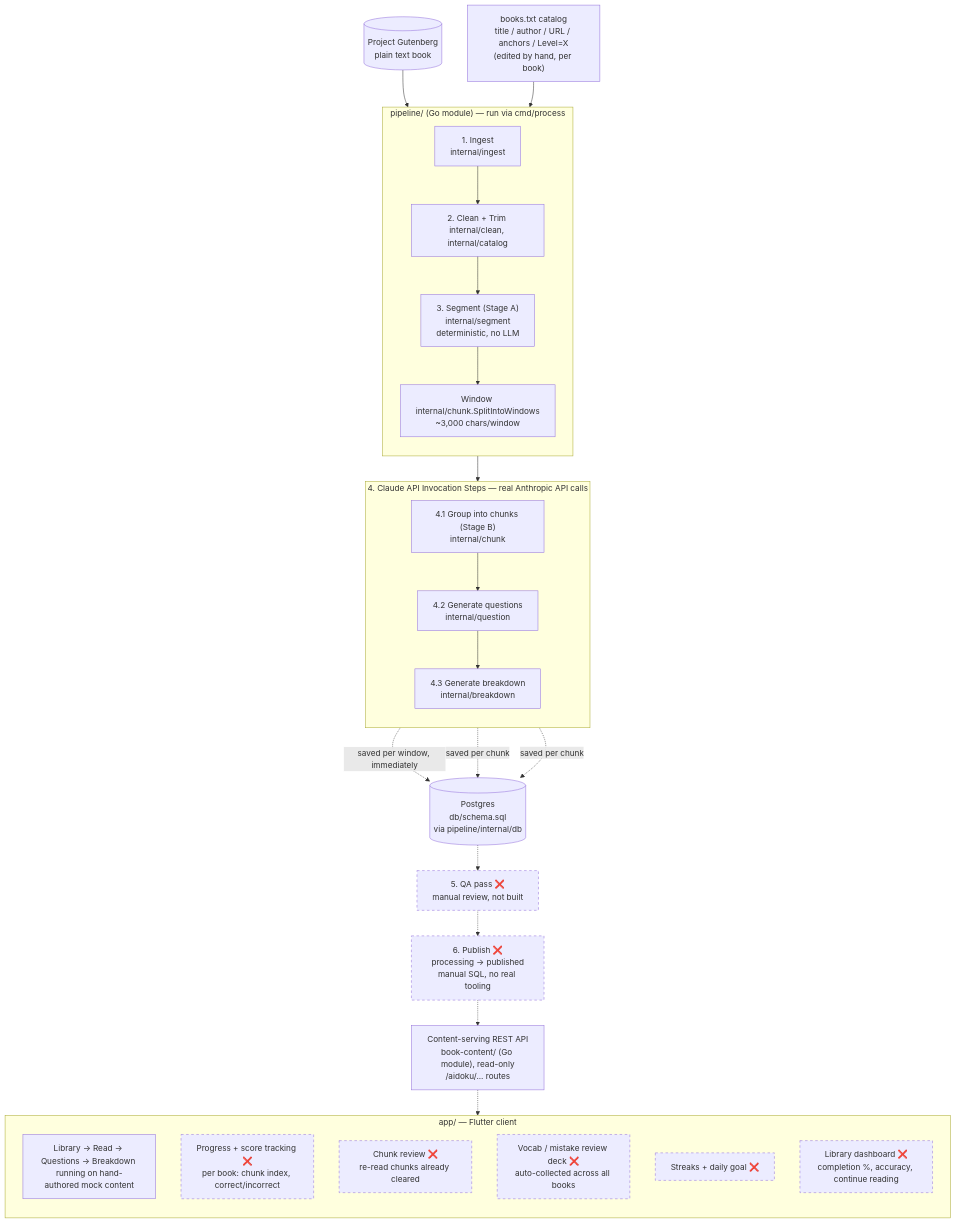
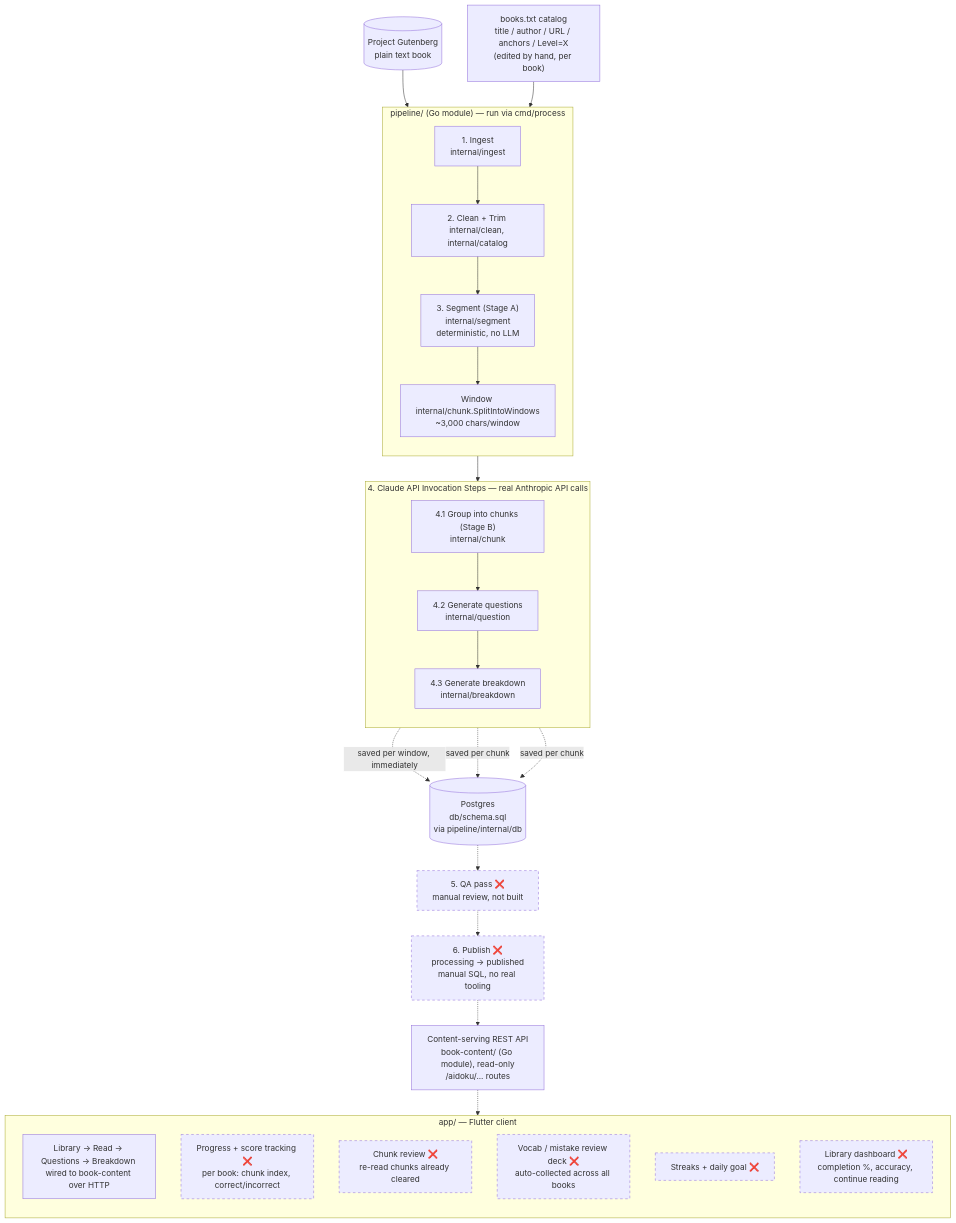
The diagram in README.md (devdanielroy/project-aidoku), drawn with Mermaid before and after one commit. The commit also changed other lines of this file and 28 other files, not shown here.

````diff
--- a/README.md
+++ b/README.md
@@ -20,51 +20,51 @@
 ```mermaid
 flowchart TD
     GB[("Project Gutenberg<br/>plain text book")]
     BT["books.txt catalog<br/>title / author / URL / anchors / Level=X<br/>(edited by hand, per book)"]
 
     subgraph pipeline["pipeline/ (Go module) — run via cmd/process"]
         direction TB
         ING["1. Ingest <br/>internal/ingest"]
         CLN["2. Clean + Trim <br/>internal/clean, internal/catalog"]
         SEG["3. Segment (Stage A) <br/>internal/segment<br/>deterministic, no LLM"]
         WIN["Window <br/>internal/chunk.SplitIntoWindows<br/>~3,000 chars/window"]
         ING --> CLN --> SEG --> WIN
     end
 
     subgraph claude["4. Claude API Invocation Steps — real Anthropic API calls"]
         direction TB
         GRP["4.1 Group into chunks (Stage B)<br/>internal/chunk"]
         Q["4.2 Generate questions<br/>internal/question"]
         BRK["4.3 Generate breakdown<br/>internal/breakdown"]
         GRP --> Q --> BRK
     end
 
     DB[("Postgres <br/>db/schema.sql<br/>via pipeline/internal/db")]
 
     QA["5. QA pass ❌<br/>manual review, not built"]
     PUB["6. Publish ❌<br/>processing → published<br/>manual SQL, no real tooling"]
     API["Content-serving REST API<br/>book-content/ (Go module), read-only<br/>/aidoku/... routes"]
 
     subgraph client["app/ — Flutter client"]
       direction TB
-        UI["Library → Read → Questions → Breakdown <br/>running on hand-authored mock content"]
+        UI["Library → Read → Questions → Breakdown <br/>wired to book-content over HTTP"]
         PROG["Progress + score tracking ❌<br/>per book: chunk index, correct/incorrect"]
         REVIEW["Chunk review ❌<br/>re-read chunks already cleared"]
         VOCAB["Vocab / mistake review deck ❌<br/>auto-collected across all books"]
         STREAK["Streaks + daily goal ❌"]
         DASH["Library dashboard ❌<br/>completion %, accuracy, continue reading"]
     end
 
     GB --> ING
     BT --> CLN
     WIN --> GRP
     GRP -.->|"saved per window, immediately"| DB
     Q -.->|"saved per chunk"| DB
     BRK -.->|"saved per chunk"| DB
     DB -.-> QA -.-> PUB
     PUB -.-> API
     API -.-> UI
 
     classDef notBuilt stroke-dasharray: 5 5
     class QA,PUB,PROG,REVIEW,VOCAB,STREAK,DASH notBuilt
 ```
````
